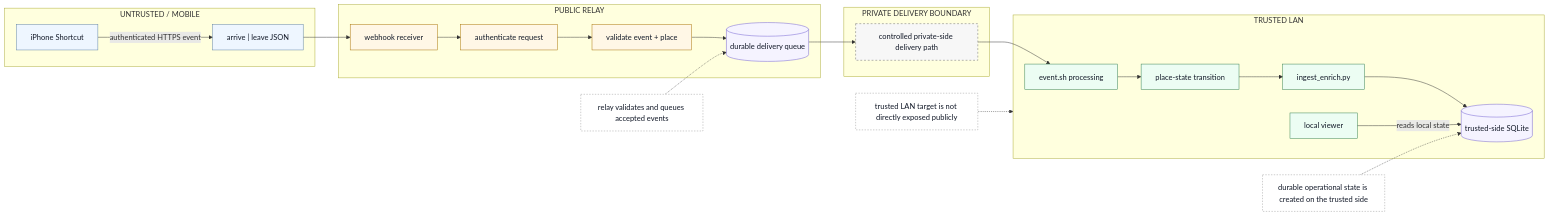
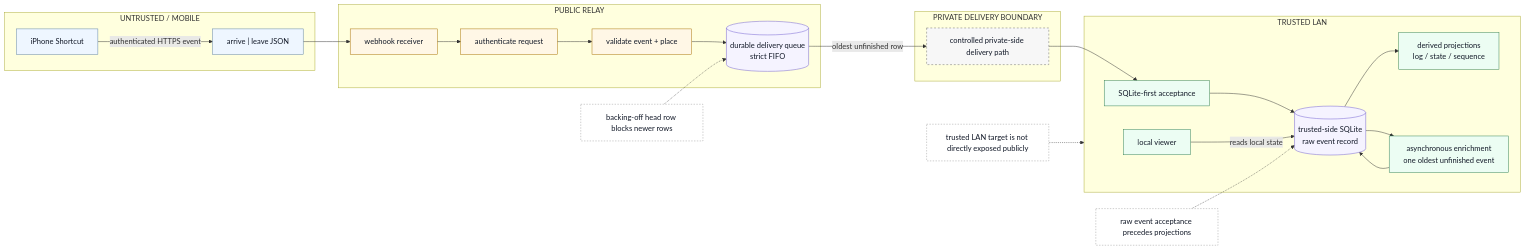
One commit to broeneatsdinner/presence-relay changed the first of 3 diagrams in docs/architecture-diagrams.md. Above: the diagram before and after it, drawn with Mermaid. The commit also changed other lines of this file and 20 other files, not shown here.

Commit message:
Model durable relay and asynchronous enrichment

````diff
--- a/docs/architecture-diagrams.md
+++ b/docs/architecture-diagrams.md
@@ -17,60 +17,61 @@
 ```mermaid
 flowchart LR
 	subgraph mobile["UNTRUSTED / MOBILE"]
 		shortcut["iPhone Shortcut"]
 		payload["arrive | leave JSON"]
 	end
 
 	subgraph relay["PUBLIC RELAY"]
 		webhook["webhook receiver"]
 		auth["authenticate request"]
 		validate["validate event + place"]
-		queue[("durable delivery queue")]
+		queue[("durable delivery queue<br/>strict FIFO")]
 	end
 
 	subgraph boundary["PRIVATE DELIVERY BOUNDARY"]
 		delivery["controlled private-side delivery path"]
 	end
 
 	subgraph lan["TRUSTED LAN"]
-		eventsh["event.sh processing"]
-		transition["place-state transition"]
-		ingest["ingest_enrich.py"]
-		db[("trusted-side SQLite")]
+		accept["SQLite-first acceptance"]
+		db[("trusted-side SQLite<br/>raw event record")]
+		projections["derived projections<br/>log / state / sequence"]
+		enrich["asynchronous enrichment<br/>one oldest unfinished event"]
 		viewer["local viewer"]
 	end
 
 	shortcut -->|"authenticated HTTPS event"| payload
 	payload --> webhook
 	webhook --> auth
 	auth --> validate
 	validate --> queue
-	queue --> delivery
-	delivery --> eventsh
-	eventsh --> transition
-	transition --> ingest
-	ingest --> db
+	queue -->|"oldest unfinished row"| delivery
+	delivery --> accept
+	accept --> db
+	db --> projections
+	db --> enrich
+	enrich --> db
 	viewer -->|"reads local state"| db
 
 	lan_note["trusted LAN target is not directly exposed publicly"]
-	queue_note["relay validates and queues accepted events"]
-	db_note["durable operational state is created on the trusted side"]
+	queue_note["backing-off head row blocks newer rows"]
+	db_note["raw event acceptance precedes projections"]
 
 	lan_note -.-> lan
 	queue_note -.-> queue
 	db_note -.-> db
 
 	classDef edge fill:#eef6ff,stroke:#5b7fa6,color:#111827
 	classDef public fill:#fff7e6,stroke:#a66f00,color:#111827
 	classDef boundary fill:#f7f7f7,stroke:#666,color:#111827,stroke-dasharray: 4 4
 	classDef trusted fill:#ecfdf3,stroke:#2f7d4f,color:#111827
 	classDef storage fill:#f5f3ff,stroke:#6d5bd0,color:#111827
 	classDef note fill:#ffffff,stroke:#999,color:#111827,stroke-dasharray: 3 3
 
 	class shortcut,payload edge
 	class webhook,auth,validate public
 	class delivery boundary
-	class eventsh,transition,ingest,viewer trusted
+	class accept,projections,enrich,viewer trusted
 	class queue,db storage
 	class lan_note,queue_note,db_note note
 ```
````
